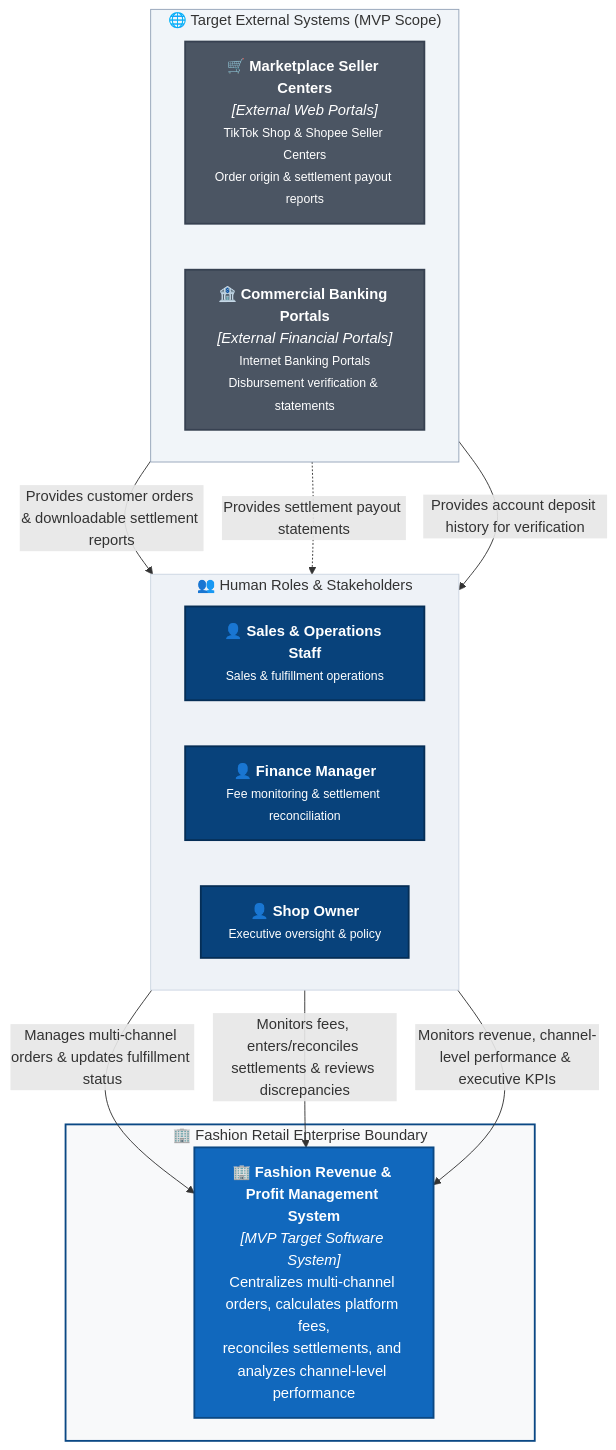
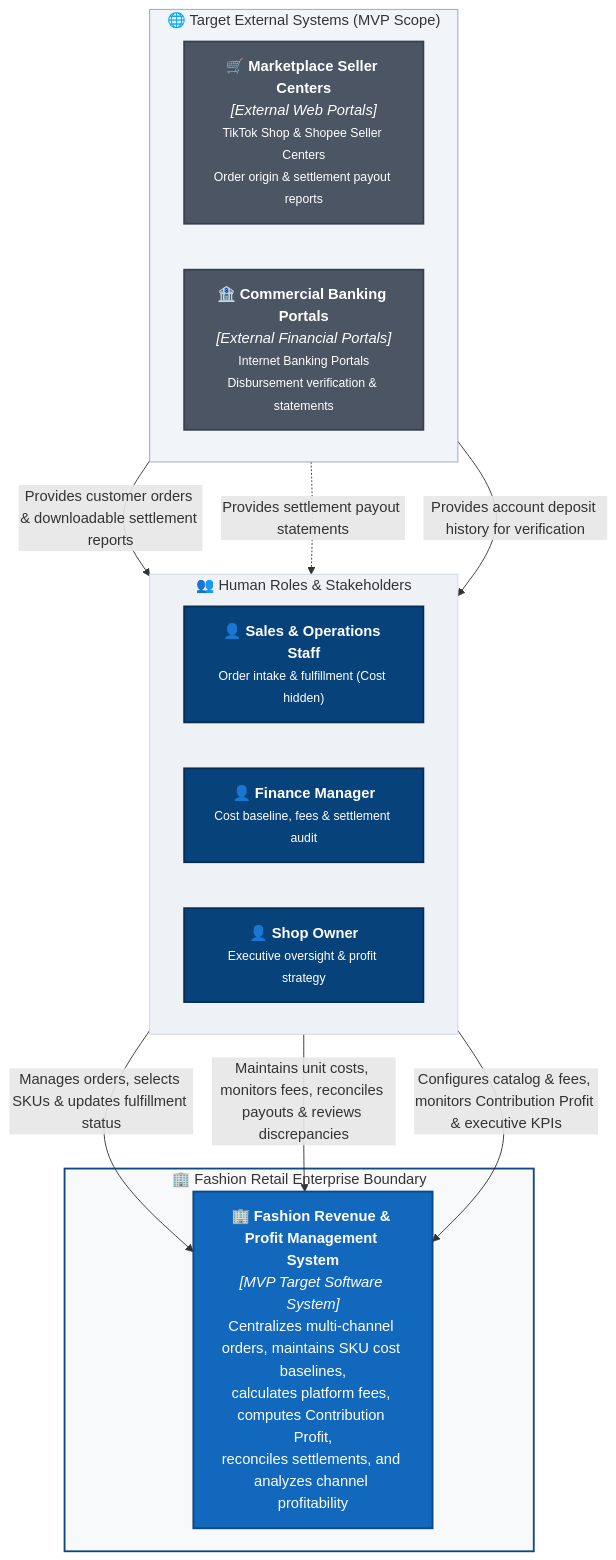
The diagram in docs/architecture/c4-context_en.md (duchoa0405/Quanly_DoanhThu_LoiNhuan_DangDucHoa_VSF), drawn with Mermaid before and after one commit. The commit also changed other lines of this file and 3 other files, not shown here.

Commit message:
docs: align C4 architecture with catalog and profit capabilities

````diff
--- a/docs/architecture/c4-context_en.md
+++ b/docs/architecture/c4-context_en.md
@@ -81,45 +72,45 @@
 ```mermaid
 flowchart TB
     %% Human Actors
     subgraph Actors [" 👥 Human Roles & Stakeholders "]
         direction LR
-        sales["👤 <b>Sales & Operations Staff</b><br/><small>Sales & fulfillment operations</small>"]
-        fin["👤 <b>Finance Manager</b><br/><small>Fee monitoring & settlement reconciliation</small>"]
-        owner["👤 <b>Shop Owner</b><br/><small>Executive oversight & policy</small>"]
+        sales["👤 <b>Sales & Operations Staff</b><br/><small>Order intake & fulfillment (Cost hidden)</small>"]
+        fin["👤 <b>Finance Manager</b><br/><small>Cost baseline, fees & settlement audit</small>"]
+        owner["👤 <b>Shop Owner</b><br/><small>Executive oversight & profit strategy</small>"]
     end
 
     %% Target External Systems (MVP Scope)
     subgraph TargetExternalSystems [" 🌐 Target External Systems (MVP Scope) "]
         direction LR
         mktPlace["🛒 <b>Marketplace Seller Centers</b><br/><i>[External Web Portals]</i><br/><small>TikTok Shop & Shopee Seller Centers<br/>Order origin & settlement payout reports</small>"]
         bankPortal["🏦 <b>Commercial Banking Portals</b><br/><i>[External Financial Portals]</i><br/><small>Internet Banking Portals<br/>Disbursement verification & statements</small>"]
     end
 
     %% Central Software System
     subgraph EnterpriseBoundary [" 🏢 Fashion Retail Enterprise Boundary "]
-        system["🏢 <b>Fashion Revenue & Profit Management System</b><br/><i>[MVP Target Software System]</i><br/>Centralizes multi-channel orders, calculates platform fees,<br/>reconciles settlements, and analyzes channel-level performance"]
+        system["🏢 <b>Fashion Revenue & Profit Management System</b><br/><i>[MVP Target Software System]</i><br/>Centralizes multi-channel orders, maintains SKU cost baselines,<br/>calculates platform fees, computes Contribution Profit,<br/>reconciles settlements, and analyzes channel profitability"]
     end
 
     %% Business Relationships - Actors to System
-    sales -->|"Manages multi-channel orders & updates fulfillment status"| system
-    fin -->|"Monitors fees, enters/reconciles settlements & reviews discrepancies"| system
-    owner -->|"Monitors revenue, channel-level performance & executive KPIs"| system
+    sales -->|"Manages orders, selects SKUs & updates fulfillment status"| system
+    fin -->|"Maintains unit costs, monitors fees, reconciles payouts & reviews discrepancies"| system
+    owner -->|"Configures catalog & fees, monitors Contribution Profit & executive KPIs"| system
 
     %% Business Relationships - External Portals to Human Workflows in MVP
     mktPlace -->|"Provides customer orders & downloadable settlement reports"| sales
     mktPlace -.->|"Provides settlement payout statements"| fin
     bankPortal -->|"Provides account deposit history for verification"| fin
 
     %% Styling
     classDef personStyle fill:#08427b,stroke:#052e56,color:#ffffff,stroke-width:2px;
     classDef systemStyle fill:#1168bd,stroke:#0b4884,color:#ffffff,stroke-width:2px;
     classDef extStyle fill:#4b5563,stroke:#374151,color:#ffffff,stroke-width:2px;
 
     class sales,fin,owner personStyle;
     class system systemStyle;
     class mktPlace,bankPortal extStyle;
 
     style EnterpriseBoundary fill:#f8f9fa,stroke:#0b4884,stroke-width:2px;
     style Actors fill:#eef2f7,stroke:#cbd5e1,stroke-width:1px;
     style TargetExternalSystems fill:#f1f5f9,stroke:#94a3b8,stroke-width:1px;
 ```
````
